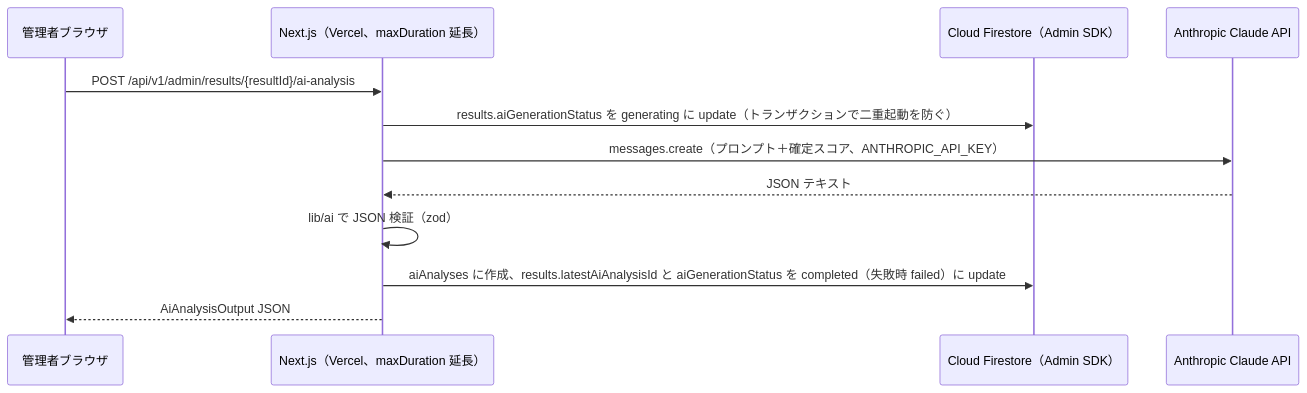
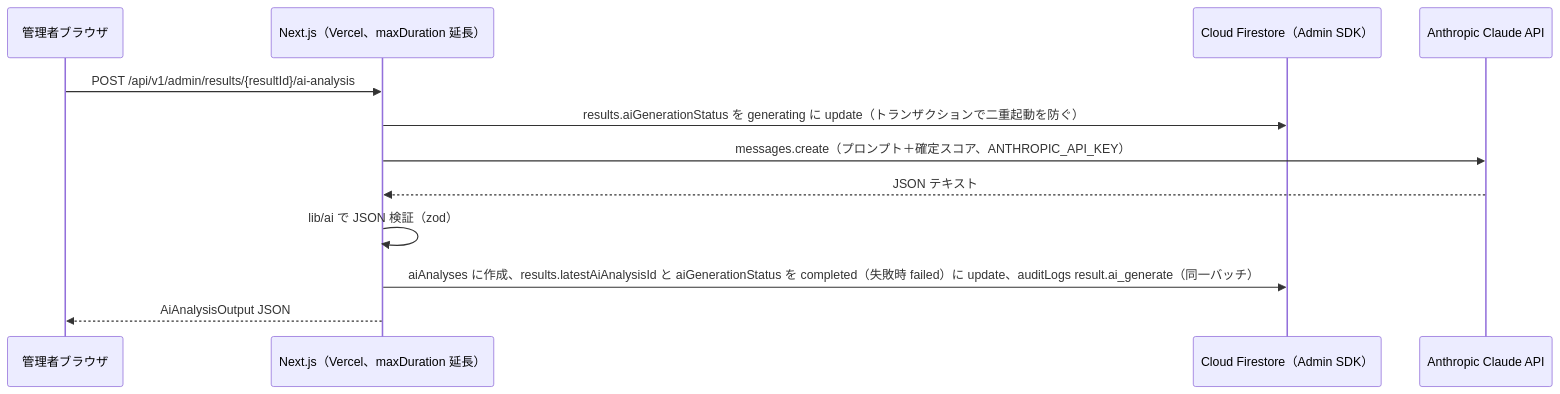
Before and after one commit to tanukichiyamaguchi/Tekisei-Kensa: the fifth of 7 diagrams in docs/基本設計/01_システム構成.md, drawn with Mermaid. The commit also changed other lines of this file and 10 other files, not shown here.

````diff
--- a/docs/基本設計/01_システム構成.md
+++ b/docs/基本設計/01_システム構成.md
@@ -189,14 +190,14 @@
 ```mermaid
 sequenceDiagram
     participant A as 管理者ブラウザ
     participant N as Next.js（Vercel、maxDuration 延長）
     participant FS as Cloud Firestore（Admin SDK）
     participant C as Anthropic Claude API
     A->>N: POST /api/v1/admin/results/{resultId}/ai-analysis
     N->>FS: results.aiGenerationStatus を generating に update（トランザクションで二重起動を防ぐ）
     N->>C: messages.create（プロンプト＋確定スコア、ANTHROPIC_API_KEY）
     C-->>N: JSON テキスト
     N->>N: lib/ai で JSON 検証（zod）
-    N->>FS: aiAnalyses に作成、results.latestAiAnalysisId と aiGenerationStatus を completed（失敗時 failed）に update
+    N->>FS: aiAnalyses に作成、results.latestAiAnalysisId と aiGenerationStatus を completed（失敗時 failed）に update、auditLogs result.ai_generate（同一バッチ）
     N-->>A: AiAnalysisOutput JSON
 ```
````
